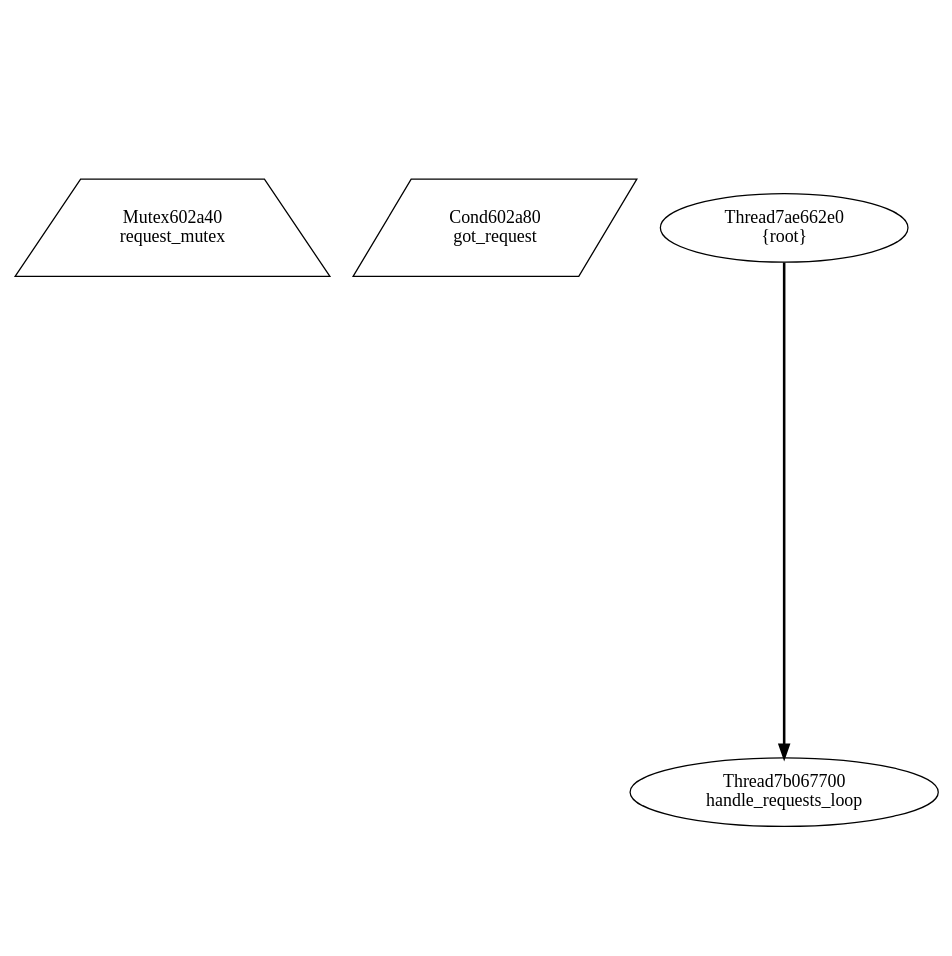
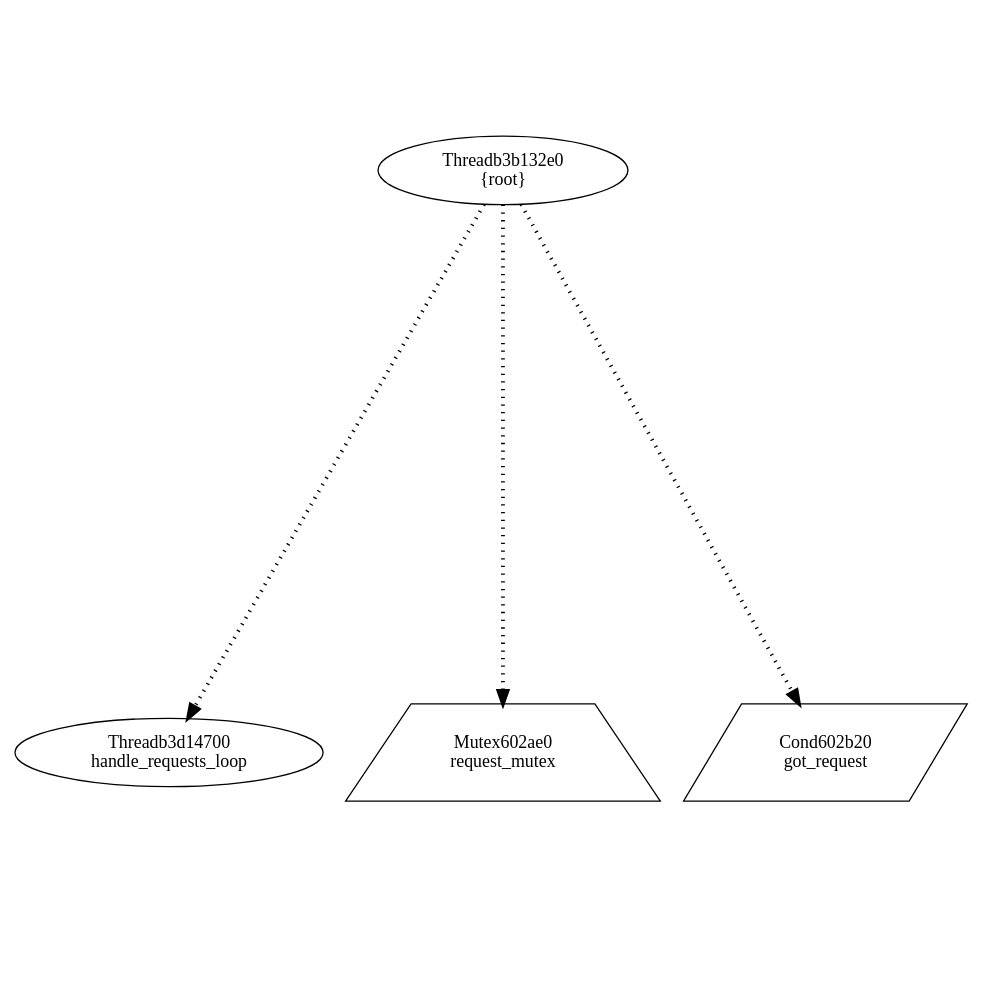
The diagram in view/dot/graph003.dot (v4o6/cs410), drawn with Graphviz before and after one commit. The commit also changed 109 other files, not shown here.

```diff
--- a/view/dot/graph003.dot
+++ b/view/dot/graph003.dot
@@ -1,8 +1,10 @@
 digraph G {
 graph[center=true, ratio=1];
-Mutex602a40 [shape=trapezium,color=black,label="Mutex602a40\nrequest_mutex"];
-Cond602a80 [shape=parallelogram,color=black,label="Cond602a80\ngot_request"];
-Thread7ae662e0 [color=black,label="Thread7ae662e0\n{root}"];
-Thread7ae662e0 -> Thread7b067700 [arrowhead=normal,penwidth=2];
-Thread7b067700 [color=black,label="Thread7b067700\nhandle_requests_loop"];
+Threadb3d14700 [color=black,label="Threadb3d14700\nhandle_requests_loop"];
+Threadb3b132e0 [color=black,label="Threadb3b132e0\n{root}"];
+Threadb3b132e0 -> Mutex602ae0 [style=dotted,arrowhead=normal,penwidth=3];
+Threadb3b132e0 -> Cond602b20 [style=dotted,arrowhead=normal,penwidth=3];
+Threadb3b132e0 -> Threadb3d14700 [style=dotted,arrowhead=normal,penwidth=3];
+Cond602b20 [shape=parallelogram,color=black,label="Cond602b20\ngot_request"];
+Mutex602ae0 [shape=trapezium,color=black,label="Mutex602ae0\nrequest_mutex"];
 }
```
